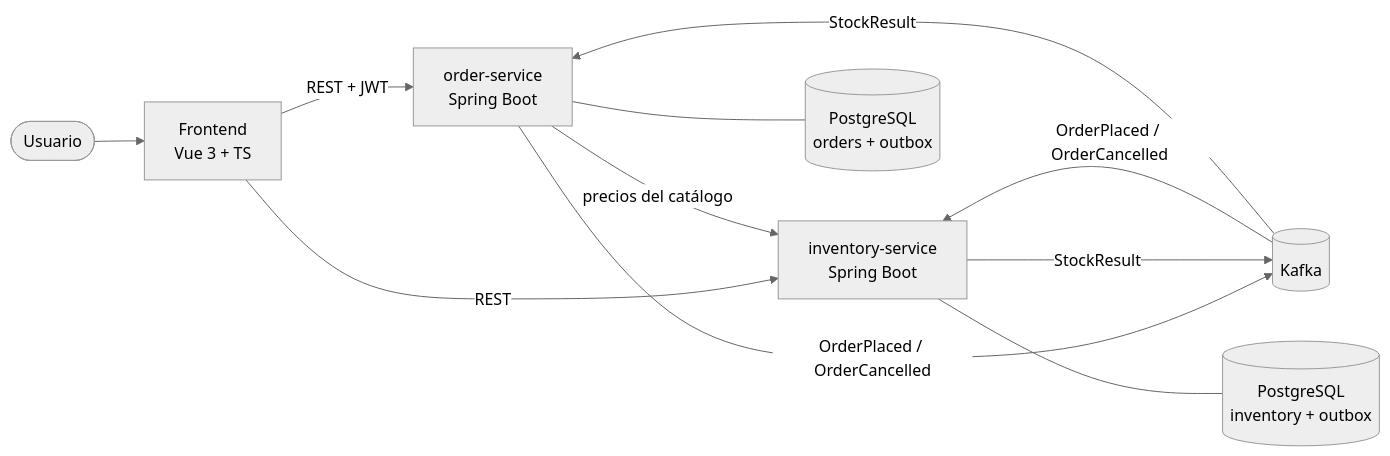
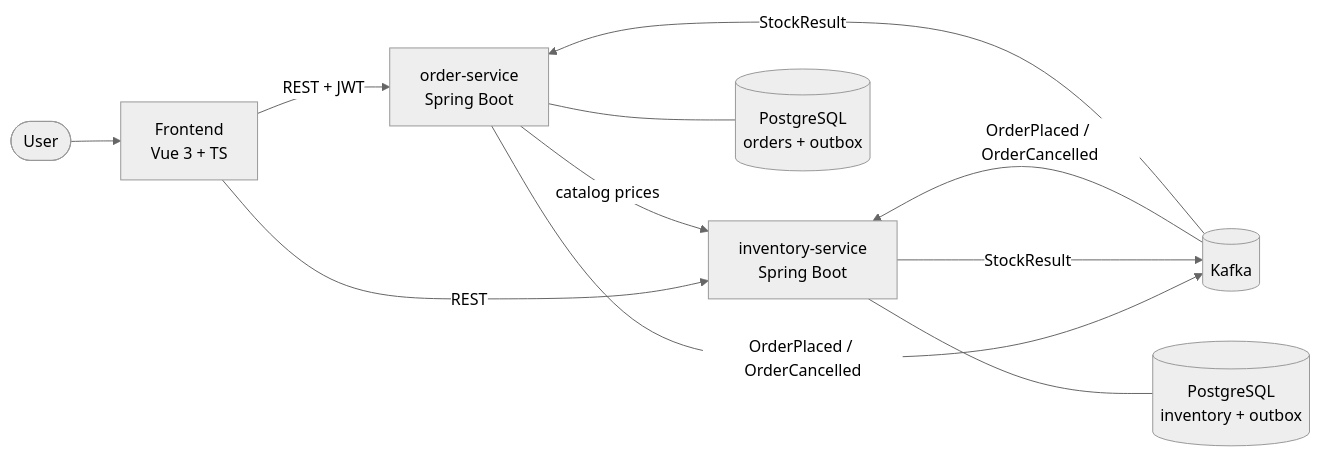
Before and after one commit to byVik/orderflow: the first of 2 diagrams in README.md, drawn with Mermaid (neutral theme). The commit also changed other lines of this file and 1 other file, not shown here.

````diff
--- a/README.md
+++ b/README.md
@@ -28,13 +31,13 @@
 ```mermaid
 flowchart LR
-    U([Usuario]) --> FE[Frontend<br/>Vue 3 + TS]
+    U([User]) --> FE[Frontend<br/>Vue 3 + TS]
     FE -- REST + JWT --> OS[order-service<br/>Spring Boot]
     FE -- REST --> IS[inventory-service<br/>Spring Boot]
-    OS -- precios del catálogo --> IS
+    OS -- catalog prices --> IS
     OS -- OrderPlaced / OrderCancelled --> K[(Kafka)]
     K -- OrderPlaced / OrderCancelled --> IS
     IS -- StockResult --> K
     K -- StockResult --> OS
     OS --- DB1[(PostgreSQL<br/>orders + outbox)]
     IS --- DB2[(PostgreSQL<br/>inventory + outbox)]
 ```
````
